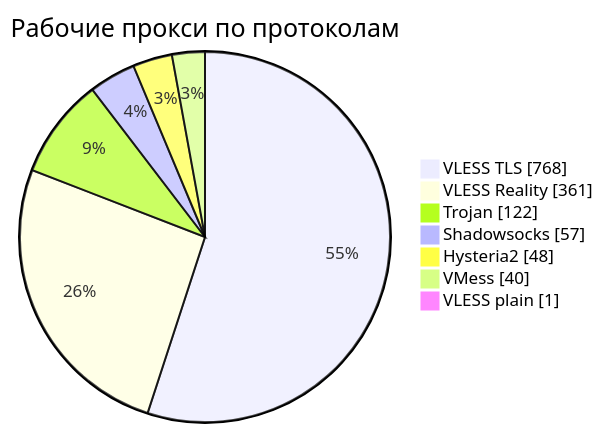
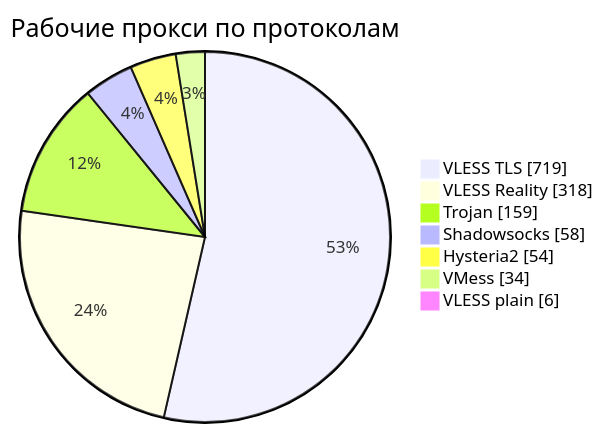
Before and after one commit to rvvg/proxy-subs: the third of 4 diagrams in README.md, drawn with Mermaid. The commit also changed other lines of this file and 50 other files, not shown here.

````diff
--- a/README.md
+++ b/README.md
@@ -136,11 +137,11 @@
 ```mermaid
 pie showData
     title Рабочие прокси по протоколам
-    "VLESS TLS" : 768
-    "VLESS Reality" : 361
-    "Trojan" : 122
-    "Shadowsocks" : 57
-    "Hysteria2" : 48
-    "VMess" : 40
-    "VLESS plain" : 1
+    "VLESS TLS" : 719
+    "VLESS Reality" : 318
+    "Trojan" : 159
+    "Shadowsocks" : 58
+    "Hysteria2" : 54
+    "VMess" : 34
+    "VLESS plain" : 6
 ```
````
